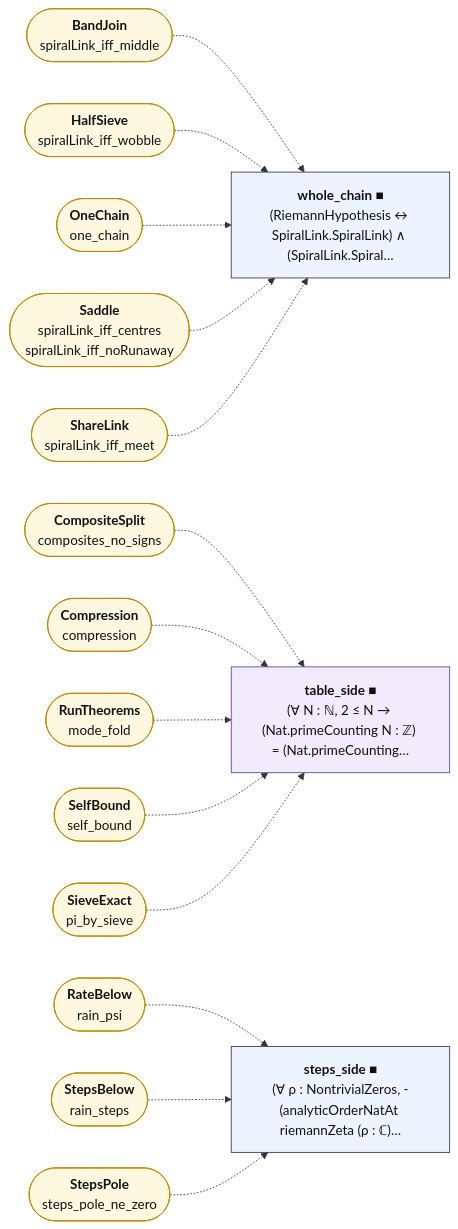
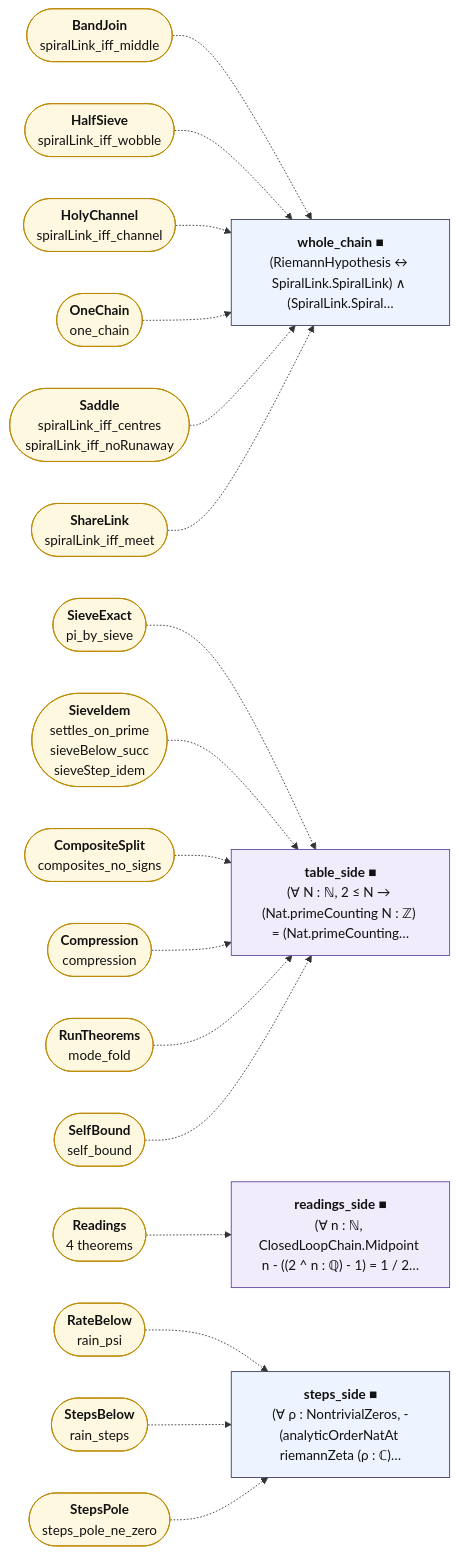
The diagram in map/lean_stage3/WholeChain.mmd (juliansambranojr/Primebeat_081426), drawn with Mermaid before and after one commit. The commit also changed 45 other files, not shown here.

```diff
--- a/map/lean_stage3/WholeChain.mmd
+++ b/map/lean_stage3/WholeChain.mmd
@@ -1,38 +1,45 @@
 flowchart LR
   n0["<b>whole_chain ■</b><br/>(RiemannHypothesis ↔ SpiralLink.SpiralLink) ∧ (SpiralLink.Spiral…"]:::thm
   n1["<b>table_side ■</b><br/>(∀ N : ℕ, 2 ≤ N → (Nat.primeCounting N : ℤ) = (Nat.primeCounting…"]:::shp
-  n2["<b>steps_side ■</b><br/>(∀ ρ : NontrivialZeros, -(analyticOrderNatAt riemannZeta (ρ : ℂ)…"]:::thm
+  n2["<b>readings_side ■</b><br/>(∀ n : ℕ, ClosedLoopChain.Midpoint n - ((2 ^ n : ℚ) - 1) = 1 / 2…"]:::shp
+  n3["<b>steps_side ■</b><br/>(∀ ρ : NontrivialZeros, -(analyticOrderNatAt riemannZeta (ρ : ℂ)…"]:::thm
   x0(["<b>BandJoin</b><br/>spiralLink_iff_middle"]):::ext
   x1(["<b>HalfSieve</b><br/>spiralLink_iff_wobble"]):::ext
-  x2(["<b>OneChain</b><br/>one_chain"]):::ext
-  x3(["<b>Saddle</b><br/>spiralLink_iff_centres<br/>spiralLink_iff_noRunaway"]):::ext
-  x4(["<b>ShareLink</b><br/>spiralLink_iff_meet"]):::ext
-  x5(["<b>CompositeSplit</b><br/>composites_no_signs"]):::ext
-  x6(["<b>Compression</b><br/>compression"]):::ext
-  x7(["<b>RunTheorems</b><br/>mode_fold"]):::ext
-  x8(["<b>SelfBound</b><br/>self_bound"]):::ext
-  x9(["<b>SieveExact</b><br/>pi_by_sieve"]):::ext
-  x10(["<b>RateBelow</b><br/>rain_psi"]):::ext
-  x11(["<b>StepsBelow</b><br/>rain_steps"]):::ext
-  x12(["<b>StepsPole</b><br/>steps_pole_ne_zero"]):::ext
+  x2(["<b>HolyChannel</b><br/>spiralLink_iff_channel"]):::ext
+  x3(["<b>OneChain</b><br/>one_chain"]):::ext
+  x4(["<b>Saddle</b><br/>spiralLink_iff_centres<br/>spiralLink_iff_noRunaway"]):::ext
+  x5(["<b>ShareLink</b><br/>spiralLink_iff_meet"]):::ext
+  x6(["<b>CompositeSplit</b><br/>composites_no_signs"]):::ext
+  x7(["<b>Compression</b><br/>compression"]):::ext
+  x8(["<b>RunTheorems</b><br/>mode_fold"]):::ext
+  x9(["<b>SelfBound</b><br/>self_bound"]):::ext
+  x10(["<b>SieveExact</b><br/>pi_by_sieve"]):::ext
+  x11(["<b>SieveIdem</b><br/>settles_on_prime<br/>sieveBelow_succ<br/>sieveStep_idem"]):::ext
+  x12(["<b>Readings</b><br/>4 theorems"]):::ext
+  x13(["<b>RateBelow</b><br/>rain_psi"]):::ext
+  x14(["<b>StepsBelow</b><br/>rain_steps"]):::ext
+  x15(["<b>StepsPole</b><br/>steps_pole_ne_zero"]):::ext
   x0 -.-> n0
   x1 -.-> n0
-  x10 -.-> n2
-  x11 -.-> n2
+  x10 -.-> n1
+  x11 -.-> n1
   x12 -.-> n2
+  x13 -.-> n3
+  x14 -.-> n3
+  x15 -.-> n3
   x2 -.-> n0
   x3 -.-> n0
   x4 -.-> n0
-  x5 -.-> n1
+  x5 -.-> n0
   x6 -.-> n1
   x7 -.-> n1
   x8 -.-> n1
   x9 -.-> n1
   classDef cnt fill:#dff5ec,stroke:#17694a,color:#111
   classDef shp fill:#f1ecfb,stroke:#5b3fa0,color:#111
   classDef rh fill:#ffe5e5,stroke:#c22,color:#111,stroke-width:2px
   classDef thm fill:#eef4ff,stroke:#335,color:#111
   classDef end_ fill:#e7f7e7,stroke:#2a7,color:#111,stroke-width:2px
   classDef lone fill:#fff,stroke:#999,color:#111,stroke-dasharray:4 3
   classDef bad fill:#ffe5e5,stroke:#c22,color:#111,stroke-width:2px
   classDef ext fill:#fff8e1,stroke:#b80,color:#111
```
